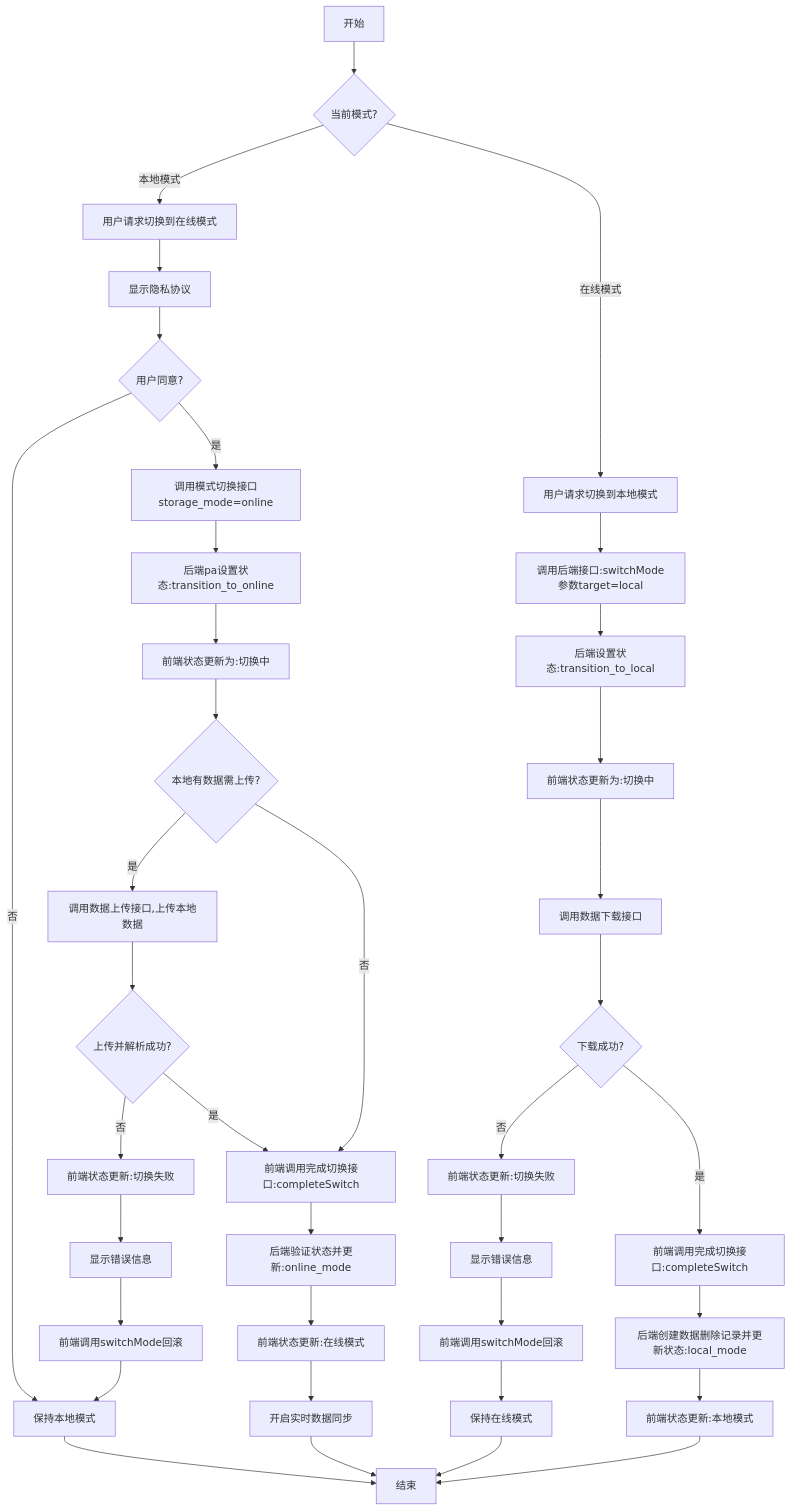
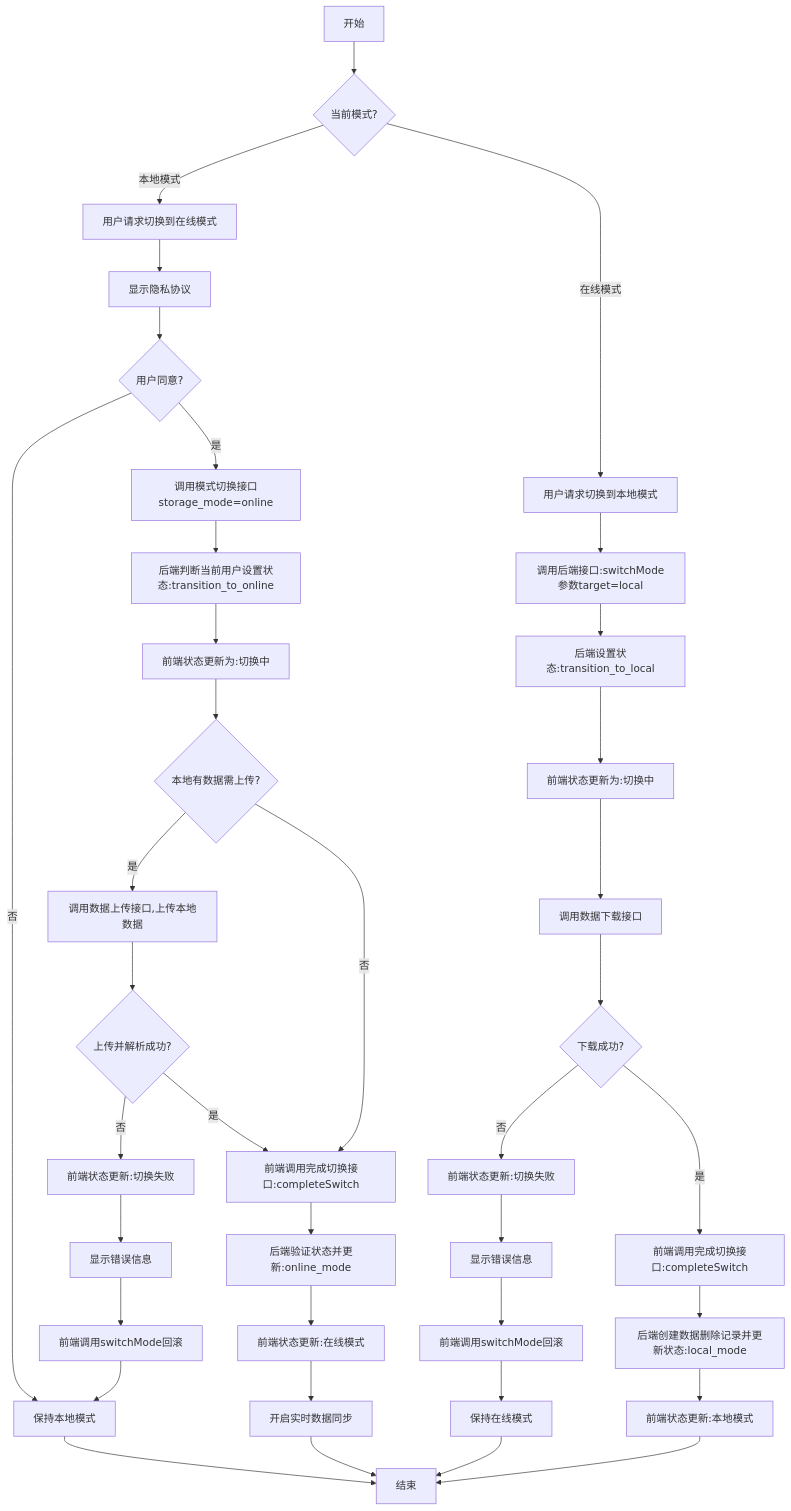
The diagram in all/未命名-58.md (yingjianzh/iodraw-files), drawn with Mermaid before and after one commit.

Commit message:
2025-05-14 10:34:21 update

````diff
--- a/all/未命名-58.md
+++ b/all/未命名-58.md
@@ -1,51 +1,51 @@
 ```mermaid
 flowchart TD
     A[开始] --> B{当前模式?}
     
     %% 本地模式转在线模式
     B -->|本地模式| C[用户请求切换到在线模式]
     C --> D[显示隐私协议]
     D --> E{用户同意?}
     E -->|否| F[保持本地模式]
     F --> Z[结束]
     
     E -->|是| G[调用模式切换接口storage_mode=online]
-    G --> H[后端pa设置状态:transition_to_online]
+    G --> H[后端判断当前用户设置状态:transition_to_online]
     H --> I[前端状态更新为:切换中]
     
     I --> J{本地有数据需上传?}
     
     J -->|是| L[调用数据上传接口,上传本地数据]
     L --> M{上传并解析成功?}
     M -->|否| O[前端状态更新:切换失败]
     O --> P[显示错误信息]
     P --> Q[前端调用switchMode回滚]
     Q --> F
     
     J -->|否| R[前端调用完成切换接口:completeSwitch]
     M -->|是| R
     
     R --> S[后端验证状态并更新:online_mode]
     S --> T[前端状态更新:在线模式]
     T --> U[开启实时数据同步]
     U --> Z
     
     %% 在线模式转本地模式
     B -->|在线模式| V[用户请求切换到本地模式]
     V --> W[调用后端接口:switchMode参数target=local]
     W --> X[后端设置状态:transition_to_local]
     X --> Y[前端状态更新为:切换中]
     
     Y --> Z1[调用数据下载接口]
     Z1 --> AA{下载成功?}
     AA -->|否| AB[前端状态更新:切换失败]
     AB --> AC[显示错误信息]
     AC --> AD[前端调用switchMode回滚]
     AD --> AE[保持在线模式]
     AE --> Z
     
     AA -->|是| AF[前端调用完成切换接口:completeSwitch]
     AF --> AG[后端创建数据删除记录并更新状态:local_mode]
     AG --> AH[前端状态更新:本地模式]
     AH --> Z
 ```
````
